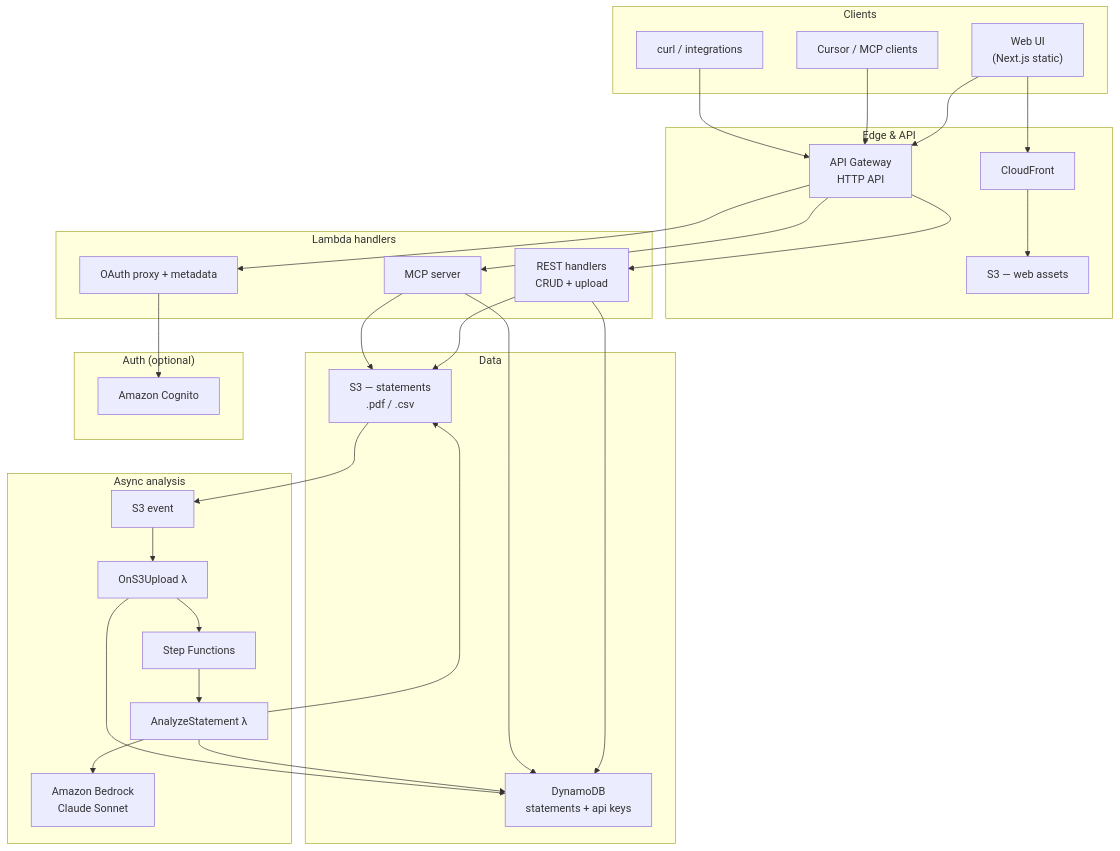
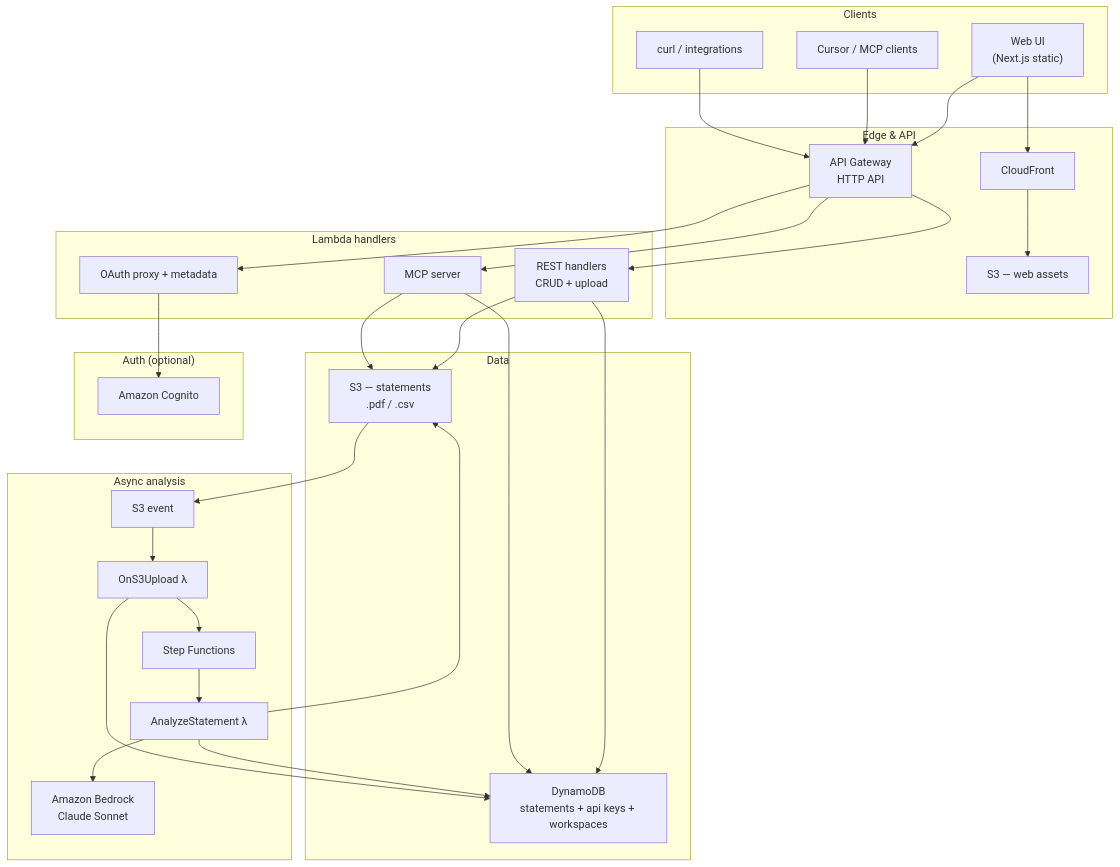
One commit to Jordan1881/Finlens changed the diagram in README.md. Above: the diagram before and after it, drawn with Mermaid. The commit also changed other lines of this file and 22 other files, not shown here.

````diff
--- a/README.md
+++ b/README.md
@@ -26,58 +26,58 @@
 ```mermaid
 flowchart TB
   subgraph clients["Clients"]
     WEB["Web UI<br/>(Next.js static)"]
     MCP["Cursor / MCP clients"]
     CLI["curl / integrations"]
   end
 
   subgraph edge["Edge & API"]
     CF["CloudFront"]
     WEBS3["S3 — web assets"]
     APIGW["API Gateway<br/>HTTP API"]
   end
 
   subgraph api["Lambda handlers"]
     REST["REST handlers<br/>CRUD + upload"]
     MCPL["MCP server"]
     OAUTH["OAuth proxy + metadata"]
   end
 
   subgraph data["Data"]
     STMTS3["S3 — statements<br/>.pdf / .csv"]
-    DDB["DynamoDB<br/>statements + api keys"]
+    DDB["DynamoDB<br/>statements + api keys + workspaces"]
   end
 
   subgraph async["Async analysis"]
     S3EVT["S3 event"]
     ONUP["OnS3Upload λ"]
     SFN["Step Functions"]
     ANALYZE["AnalyzeStatement λ"]
     BR["Amazon Bedrock<br/>Claude Sonnet"]
   end
 
   subgraph auth["Auth (optional)"]
     COG["Amazon Cognito"]
   end
 
   WEB --> CF --> WEBS3
   WEB --> APIGW
   MCP --> APIGW
   CLI --> APIGW
 
   APIGW --> REST
   APIGW --> MCPL
   APIGW --> OAUTH
   OAUTH --> COG
 
   REST --> STMTS3
   REST --> DDB
   MCPL --> STMTS3
   MCPL --> DDB
 
   STMTS3 --> S3EVT --> ONUP --> SFN --> ANALYZE
   ANALYZE --> STMTS3
   ANALYZE --> DDB
   ANALYZE --> BR
   ONUP --> DDB
 ```
````
